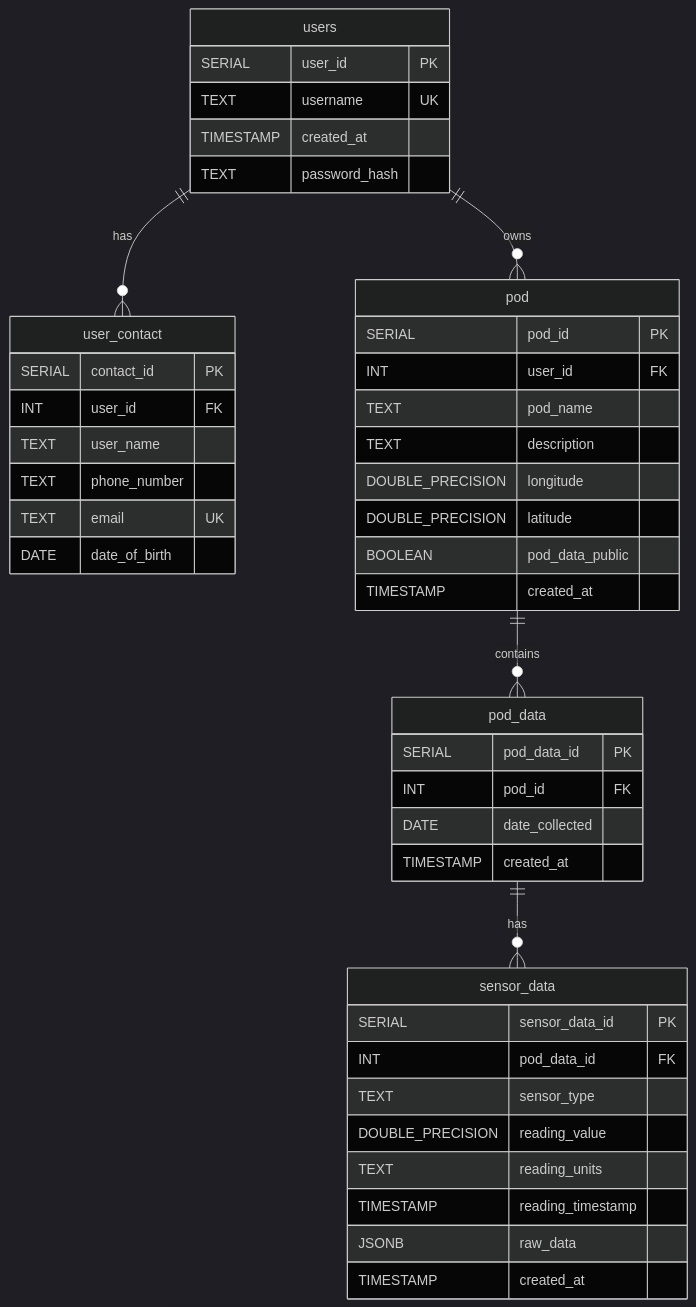
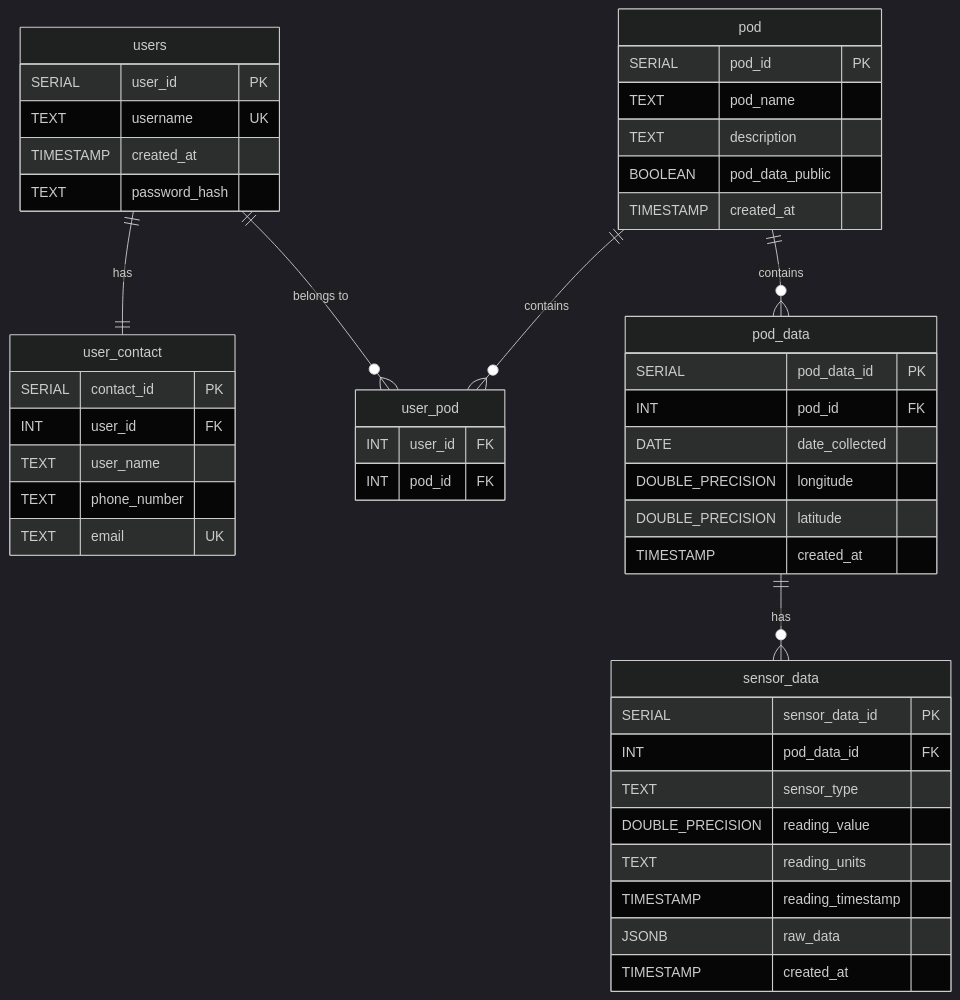
One commit to EricGosnell/Environmental-Variance-Analyzer changed the diagram in Documentation/database_diagram.md. Above: the diagram before and after it, drawn with Mermaid (dark theme). The commit also changed other lines of this file, not shown here.

Commit message:
updated mermaid diagram for sql table

````diff
--- a/Documentation/database_diagram.md
+++ b/Documentation/database_diagram.md
@@ -7,52 +7,56 @@
 ```mermaid
 erDiagram
     users {
         SERIAL user_id PK
         TEXT username UK
         TIMESTAMP created_at
         TEXT password_hash
     }
     
     user_contact {
         SERIAL contact_id PK
         INT user_id FK
         TEXT user_name
         TEXT phone_number
         TEXT email UK
-        DATE date_of_birth
     }
     
     pod {
         SERIAL pod_id PK
-        INT user_id FK
         TEXT pod_name
         TEXT description
-        DOUBLE_PRECISION longitude
-        DOUBLE_PRECISION latitude
         BOOLEAN pod_data_public
         TIMESTAMP created_at
+    }
+    
+    user_pod {
+        INT user_id FK
+        INT pod_id FK
     }
     
     pod_data {
         SERIAL pod_data_id PK
         INT pod_id FK
         DATE date_collected
+        DOUBLE_PRECISION longitude
+        DOUBLE_PRECISION latitude
         TIMESTAMP created_at
     }
     
     sensor_data {
         SERIAL sensor_data_id PK
         INT pod_data_id FK
         TEXT sensor_type
         DOUBLE_PRECISION reading_value
         TEXT reading_units
         TIMESTAMP reading_timestamp
         JSONB raw_data
         TIMESTAMP created_at
     }
     
-    users ||--o{ user_contact : "has"
-    users ||--o{ pod : "owns"
+    users ||--|| user_contact : "has"
+    users ||--o{ user_pod : "belongs to"
+    pod ||--o{ user_pod : "contains"
     pod ||--o{ pod_data : "contains"
     pod_data ||--o{ sensor_data : "has"
 ```
````
